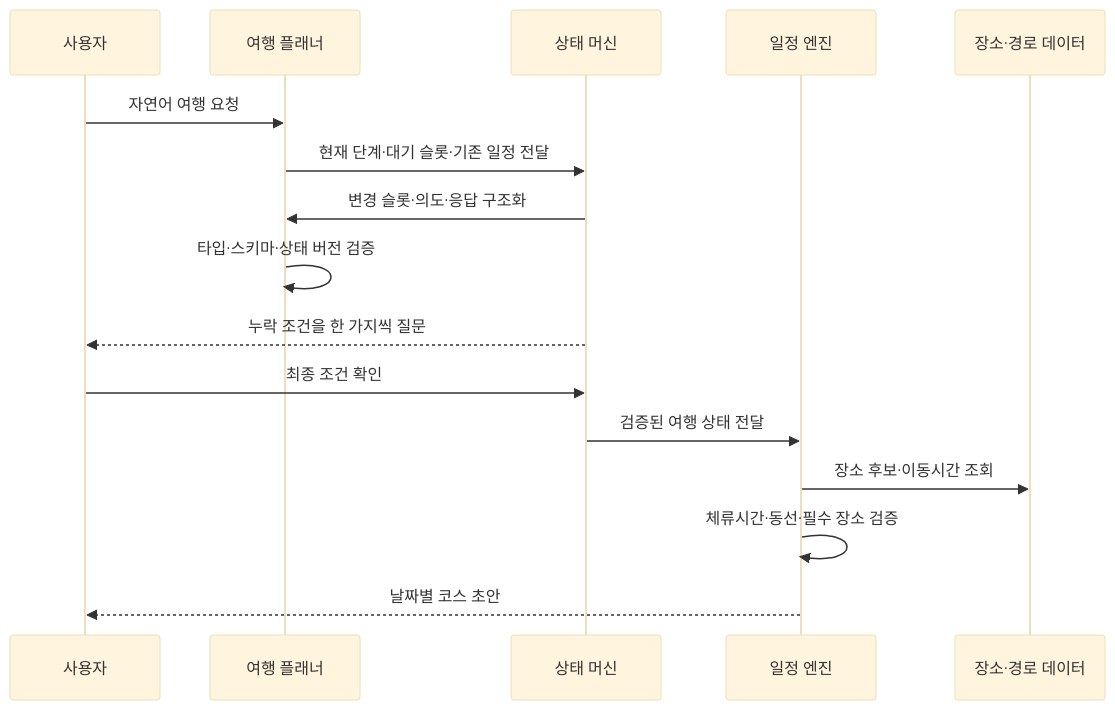
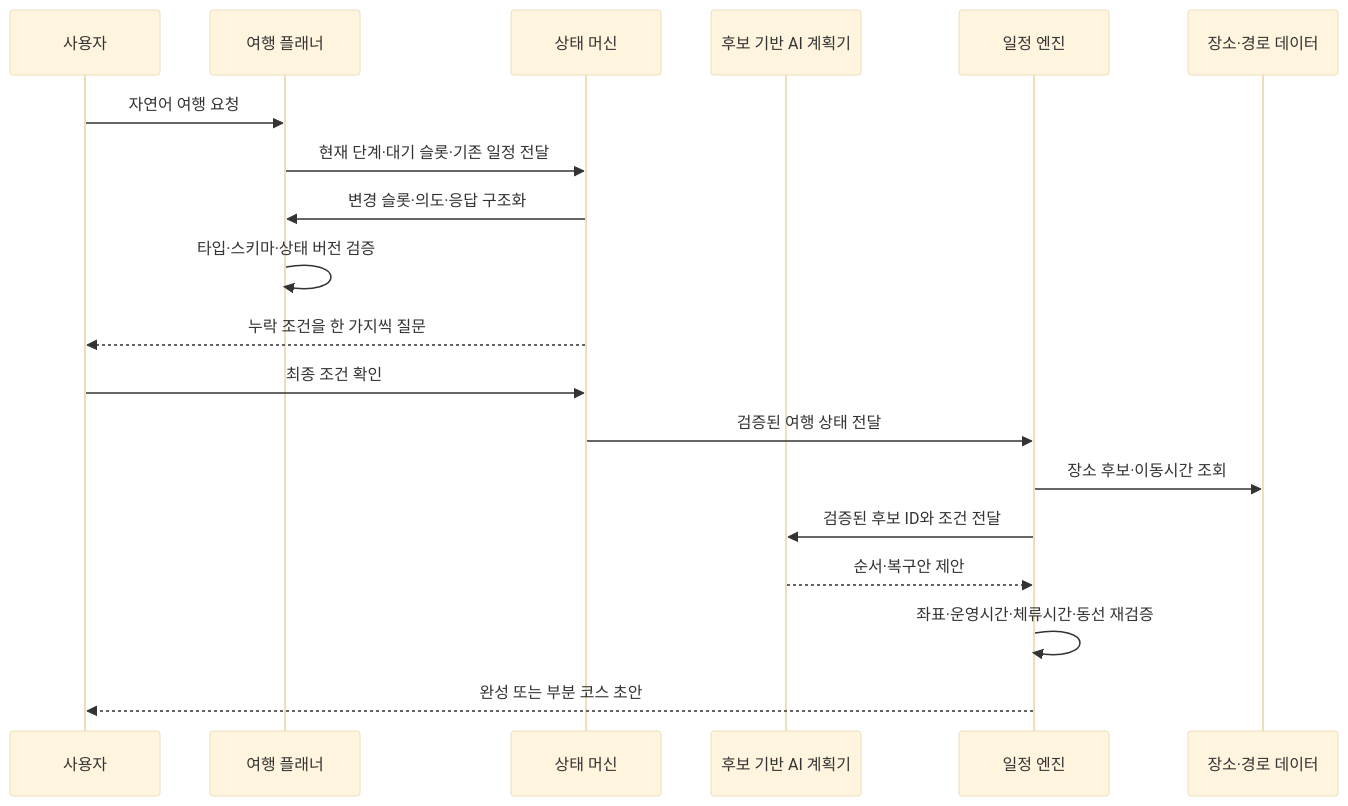
The second of 2 diagrams in README.md (xericen/GACHI), drawn with Mermaid (base theme) before and after one commit. The commit also changed other lines of this file, not shown here.

````diff
--- a/README.md
+++ b/README.md
@@ -248,19 +256,22 @@
 ```mermaid
 sequenceDiagram
     participant U as 사용자
     participant P as 여행 플래너
     participant S as 상태 머신
+    participant A as 후보 기반 AI 계획기
     participant E as 일정 엔진
     participant D as 장소·경로 데이터
 
     U->>P: 자연어 여행 요청
     P->>S: 현재 단계·대기 슬롯·기존 일정 전달
     S->>P: 변경 슬롯·의도·응답 구조화
     P->>P: 타입·스키마·상태 버전 검증
     S-->>U: 누락 조건을 한 가지씩 질문
     U->>S: 최종 조건 확인
     S->>E: 검증된 여행 상태 전달
     E->>D: 장소 후보·이동시간 조회
-    E->>E: 체류시간·동선·필수 장소 검증
-    E-->>U: 날짜별 코스 초안
+    E->>A: 검증된 후보 ID와 조건 전달
+    A-->>E: 순서·복구안 제안
+    E->>E: 좌표·운영시간·체류시간·동선 재검증
+    E-->>U: 완성 또는 부분 코스 초안
 ```
````
